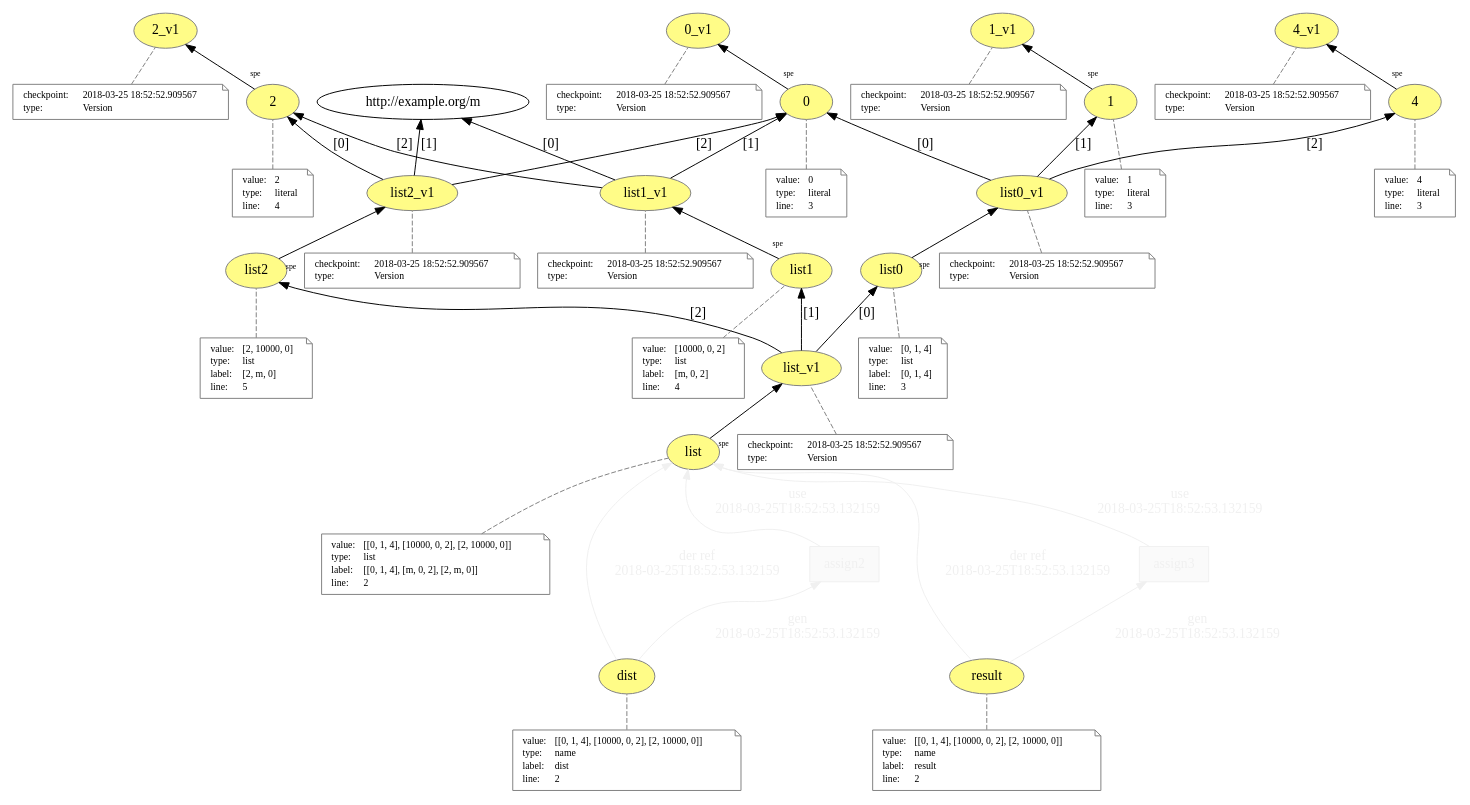
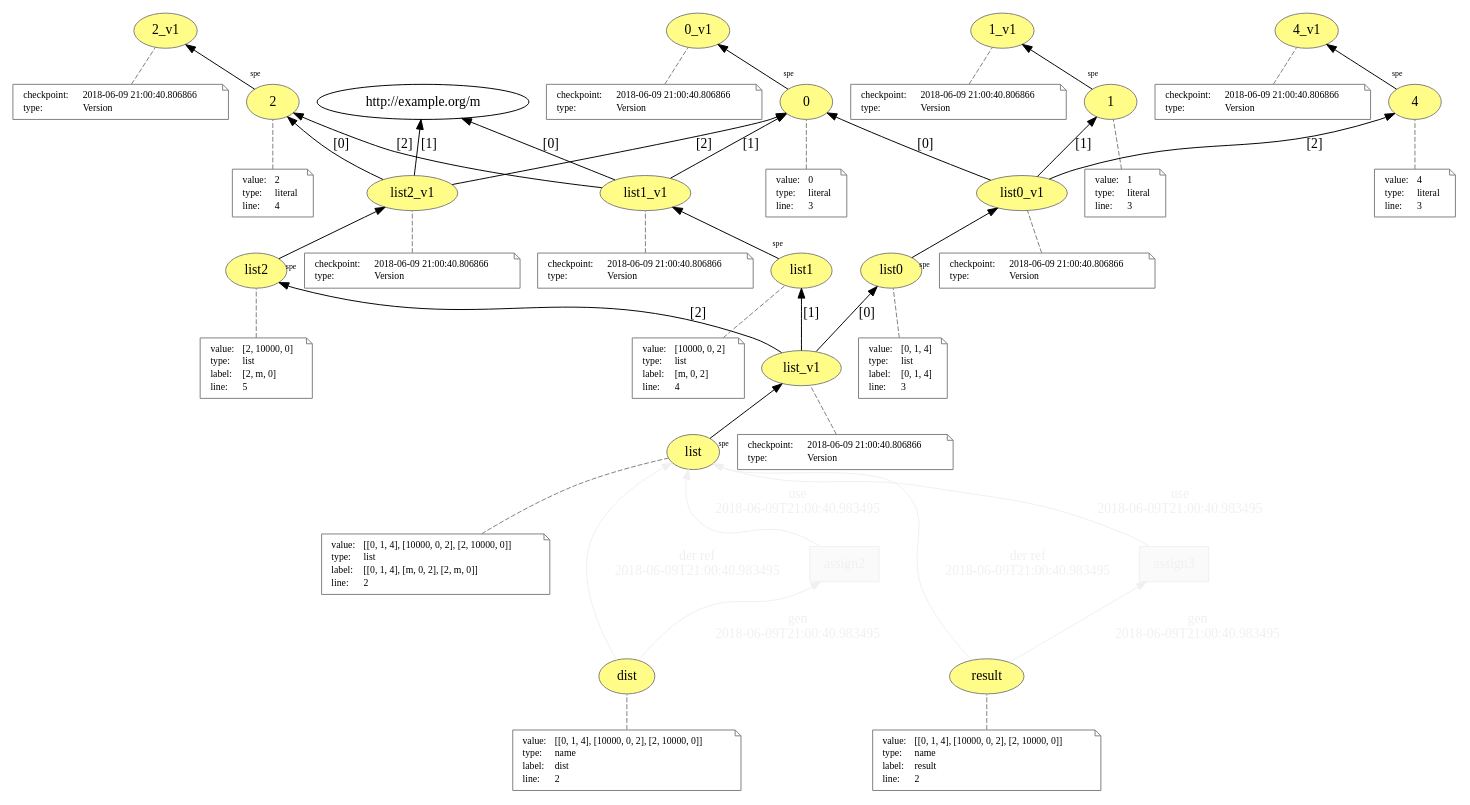
One commit to dew-uff/versioned-prov changed the diagram in generated/intertwined_prov/temp/L2__list_definition__assign.dot. Above: the diagram before and after it, drawn with Graphviz. The commit also changed 926 other files, not shown here.

```diff
--- a/generated/intertwined_prov/temp/L2__list_definition__assign.dot
+++ b/generated/intertwined_prov/temp/L2__list_definition__assign.dot
@@ -19,7 +19,7 @@
 "http://example.org/0_v1-attrs" [color="gray",shape="note",fontsize="10",fontcolor="black",label=<<TABLE cellpadding="0" border="0">
 	<TR>
 	    <TD align="left">checkpoint:</TD>
-	    <TD align="left">2018-03-25 18:52:52.909567</TD>
+	    <TD align="left">2018-06-09 21:00:40.806866</TD>
 	</TR>
 	<TR>
 	    <TD align="left">type:</TD>
@@ -48,7 +48,7 @@
 "http://example.org/1_v1-attrs" [color="gray",shape="note",fontsize="10",fontcolor="black",label=<<TABLE cellpadding="0" border="0">
 	<TR>
 	    <TD align="left">checkpoint:</TD>
-	    <TD align="left">2018-03-25 18:52:52.909567</TD>
+	    <TD align="left">2018-06-09 21:00:40.806866</TD>
 	</TR>
 	<TR>
 	    <TD align="left">type:</TD>
@@ -77,7 +77,7 @@
 "http://example.org/4_v1-attrs" [color="gray",shape="note",fontsize="10",fontcolor="black",label=<<TABLE cellpadding="0" border="0">
 	<TR>
 	    <TD align="left">checkpoint:</TD>
-	    <TD align="left">2018-03-25 18:52:52.909567</TD>
+	    <TD align="left">2018-06-09 21:00:40.806866</TD>
 	</TR>
 	<TR>
 	    <TD align="left">type:</TD>
@@ -106,7 +106,7 @@
 "http://example.org/2_v1-attrs" [color="gray",shape="note",fontsize="10",fontcolor="black",label=<<TABLE cellpadding="0" border="0">
 	<TR>
 	    <TD align="left">checkpoint:</TD>
-	    <TD align="left">2018-03-25 18:52:52.909567</TD>
+	    <TD align="left">2018-06-09 21:00:40.806866</TD>
 	</TR>
 	<TR>
 	    <TD align="left">type:</TD>
@@ -139,7 +139,7 @@
 "http://example.org/list_v1-attrs" [color="gray",shape="note",fontsize="10",fontcolor="black",label=<<TABLE cellpadding="0" border="0">
 	<TR>
 	    <TD align="left">checkpoint:</TD>
-	    <TD align="left">2018-03-25 18:52:52.909567</TD>
+	    <TD align="left">2018-06-09 21:00:40.806866</TD>
 	</TR>
 	<TR>
 	    <TD align="left">type:</TD>
@@ -172,7 +172,7 @@
 "http://example.org/list0_v1-attrs" [color="gray",shape="note",fontsize="10",fontcolor="black",label=<<TABLE cellpadding="0" border="0">
 	<TR>
 	    <TD align="left">checkpoint:</TD>
-	    <TD align="left">2018-03-25 18:52:52.909567</TD>
+	    <TD align="left">2018-06-09 21:00:40.806866</TD>
 	</TR>
 	<TR>
 	    <TD align="left">type:</TD>
@@ -209,7 +209,7 @@
 "http://example.org/list1_v1-attrs" [color="gray",shape="note",fontsize="10",fontcolor="black",label=<<TABLE cellpadding="0" border="0">
 	<TR>
 	    <TD align="left">checkpoint:</TD>
-	    <TD align="left">2018-03-25 18:52:52.909567</TD>
+	    <TD align="left">2018-06-09 21:00:40.806866</TD>
 	</TR>
 	<TR>
 	    <TD align="left">type:</TD>
@@ -246,7 +246,7 @@
 "http://example.org/list2_v1-attrs" [color="gray",shape="note",fontsize="10",fontcolor="black",label=<<TABLE cellpadding="0" border="0">
 	<TR>
 	    <TD align="left">checkpoint:</TD>
-	    <TD align="left">2018-03-25 18:52:52.909567</TD>
+	    <TD align="left">2018-06-09 21:00:40.806866</TD>
 	</TR>
 	<TR>
 	    <TD align="left">type:</TD>
@@ -281,7 +281,7 @@
 "http://example.org/dist-attrs" -> "http://example.org/dist" [color="gray",style="dashed",arrowhead="none"]
 "http://example.org/assign2" [fillcolor="#FAFAFA",color="#F0F0F0",shape="polygon",sides="4",style="filled",fontcolor="#F0F0F0",label="assign2",URL="http://example.org/assign2"]
 "http://example.org/dist" -> "http://example.org/list" [fontsize="14",distance="1.5",angle="60.0",rotation="20",label="der ref
-2018-03-25T18:52:53.132159",fontcolor="#F0F0F0",color="#F0F0F0"]
+2018-06-09T21:00:40.983495",fontcolor="#F0F0F0",color="#F0F0F0"]
 "http://example.org/result" [fillcolor="#FFFC87",color="#808080",style="filled",label="result",URL="http://example.org/result"]
 "http://example.org/result-attrs" [color="gray",shape="note",fontsize="10",fontcolor="black",label=<<TABLE cellpadding="0" border="0">
 	<TR>
@@ -304,13 +304,13 @@
 "http://example.org/result-attrs" -> "http://example.org/result" [color="gray",style="dashed",arrowhead="none"]
 "http://example.org/assign3" [fillcolor="#FAFAFA",color="#F0F0F0",shape="polygon",sides="4",style="filled",fontcolor="#F0F0F0",label="assign3",URL="http://example.org/assign3"]
 "http://example.org/result" -> "http://example.org/list" [fontsize="14",distance="1.5",angle="60.0",rotation="20",label="der ref
-2018-03-25T18:52:53.132159",fontcolor="#F0F0F0",color="#F0F0F0"]
+2018-06-09T21:00:40.983495",fontcolor="#F0F0F0",color="#F0F0F0"]
+"http://example.org/assign2" -> "http://example.org/list" [fontsize="14",distance="1.5",angle="60.0",rotation="20",label="use
+2018-06-09T21:00:40.983495",fontcolor="#F0F0F0",color="#F0F0F0"]
 "http://example.org/assign3" -> "http://example.org/list" [fontsize="14",distance="1.5",angle="60.0",rotation="20",label="use
-2018-03-25T18:52:53.132159",fontcolor="#F0F0F0",color="#F0F0F0"]
-"http://example.org/assign2" -> "http://example.org/list" [fontsize="14",distance="1.5",angle="60.0",rotation="20",label="use
-2018-03-25T18:52:53.132159",fontcolor="#F0F0F0",color="#F0F0F0"]
+2018-06-09T21:00:40.983495",fontcolor="#F0F0F0",color="#F0F0F0"]
+"http://example.org/result" -> "http://example.org/assign3" [fontsize="14",distance="1.5",angle="60.0",rotation="20",label="gen
+2018-06-09T21:00:40.983495",fontcolor="#F0F0F0",color="#F0F0F0"]
 "http://example.org/dist" -> "http://example.org/assign2" [fontsize="14",distance="1.5",angle="60.0",rotation="20",label="gen
-2018-03-25T18:52:53.132159",fontcolor="#F0F0F0",color="#F0F0F0"]
-"http://example.org/result" -> "http://example.org/assign3" [fontsize="14",distance="1.5",angle="60.0",rotation="20",label="gen
-2018-03-25T18:52:53.132159",fontcolor="#F0F0F0",color="#F0F0F0"]
+2018-06-09T21:00:40.983495",fontcolor="#F0F0F0",color="#F0F0F0"]
 }
```
